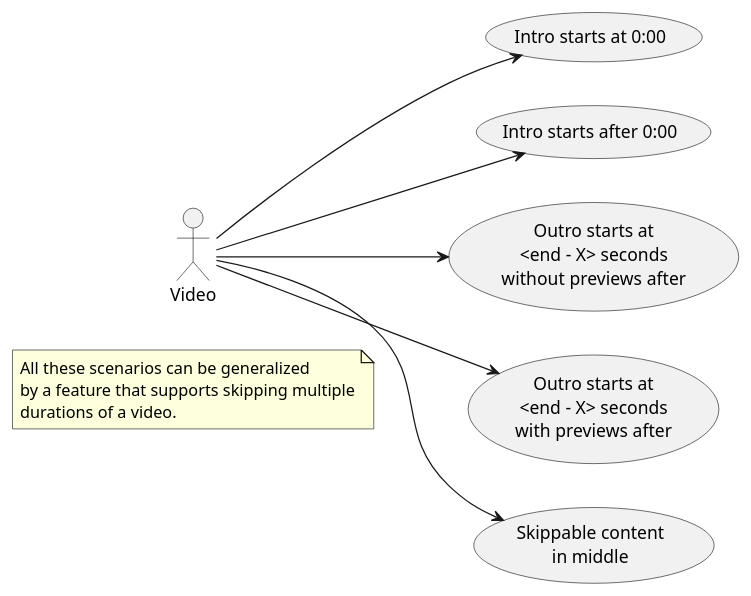
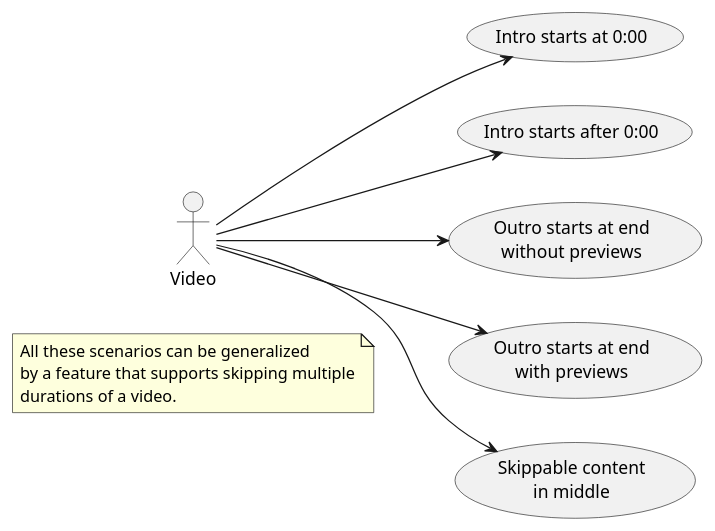
Before and after one commit to erichschroeter/plex-media-server-auto-skip-uml: the diagram in docs/intro_outro_video_use_case_diagram.puml, drawn with PlantUML. The commit also changed 3 other files, not shown here.

```diff
--- a/docs/intro_outro_video_use_case_diagram.puml
+++ b/docs/intro_outro_video_use_case_diagram.puml
@@ -1,24 +1,24 @@
 @startuml "Video Intro/Outro Possibilities"
 left to right direction
 
 note as GeneralNote
     All these scenarios can be generalized
     by a feature that supports skipping multiple
     durations of a video.
 end note
 
 :Video:
 
 (Intro starts at 0:00)
 (Intro starts after 0:00)
-(Outro starts at\n<end - X> seconds\nwithout previews after)
-(Outro starts at\n<end - X> seconds\nwith previews after)
+(Outro starts at end\nwithout previews)
+(Outro starts at end\nwith previews)
 (Skippable content\nin middle)
 
 :Video: --> (Intro starts at 0:00)
 :Video: --> (Intro starts after 0:00)
-:Video: --> (Outro starts at\n<end - X> seconds\nwithout previews after)
-:Video: --> (Outro starts at\n<end - X> seconds\nwith previews after)
+:Video: --> (Outro starts at end\nwithout previews)
+:Video: --> (Outro starts at end\nwith previews)
 :Video: --> (Skippable content\nin middle)
 
 @enduml
```
